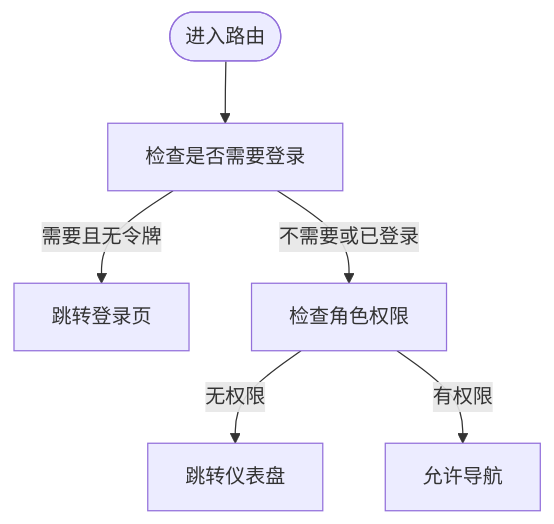
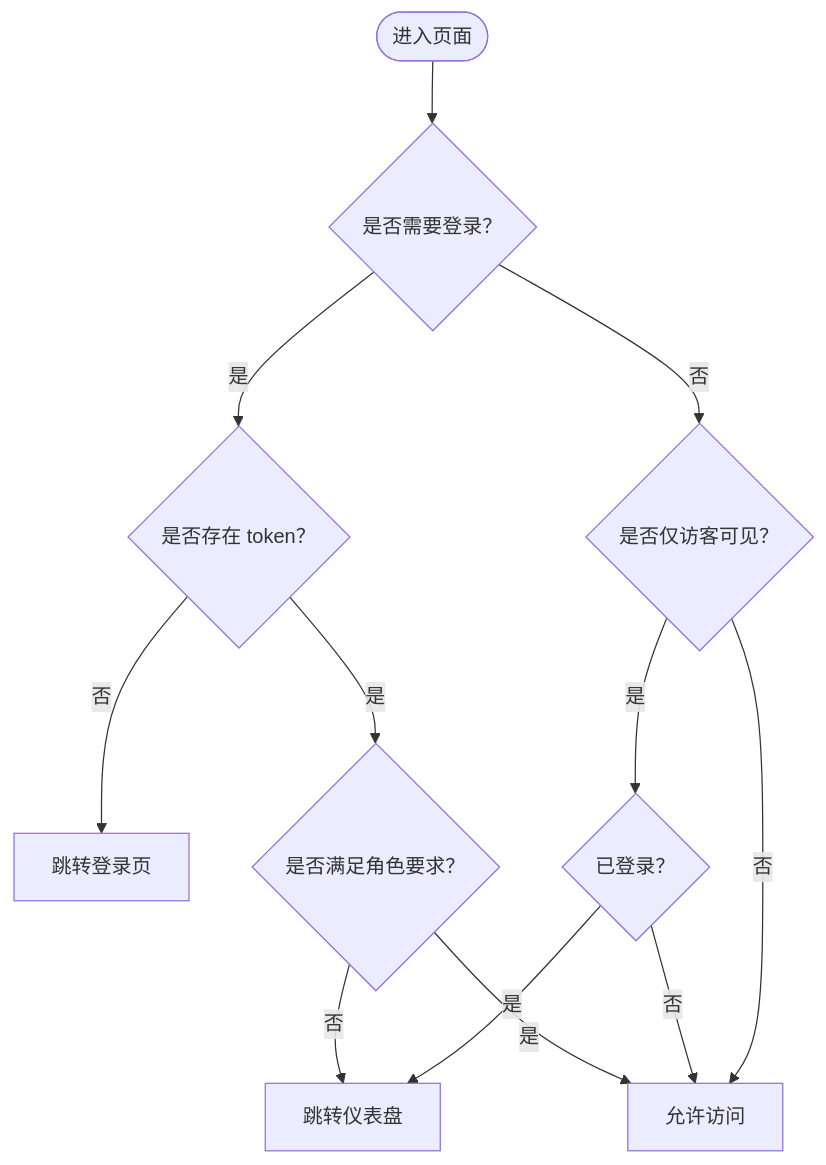
Before and after one commit to Juny09/inventory_system: the sixth of 8 diagrams in .qoder/repowiki/zh/content/项目概述.md, drawn with Mermaid. The commit also changed other lines of this file and 171 other files, not shown here.

````diff
--- a/.qoder/repowiki/zh/content/项目概述.md
+++ b/.qoder/repowiki/zh/content/项目概述.md
@@ -251,8 +232,14 @@
 ```mermaid
 flowchart TD
-Start(["进入路由"]) --> CheckAuth["检查是否需要登录"]
-CheckAuth --> |需要且无令牌| GoLogin["跳转登录页"]
-CheckAuth --> |不需要或已登录| CheckRole["检查角色权限"]
-CheckRole --> |无权限| GoDashboard["跳转仪表盘"]
-CheckRole --> |有权限| Allow["允许导航"]
+Enter(["进入页面"]) --> CheckAuth{"是否需要登录？"}
+CheckAuth --> |是| HasToken{"是否存在 token？"}
+HasToken --> |否| ToLogin["跳转登录页"]
+HasToken --> |是| CheckRole{"是否满足角色要求？"}
+CheckRole --> |否| ToDash["跳转仪表盘"]
+CheckRole --> |是| Allow["允许访问"]
+CheckAuth --> |否| GuestOnly{"是否仅访客可见？"}
+GuestOnly --> |是| IsGuest{"已登录？"}
+IsGuest --> |是| ToDash
+IsGuest --> |否| Allow
+GuestOnly --> |否| Allow
 ```
````
